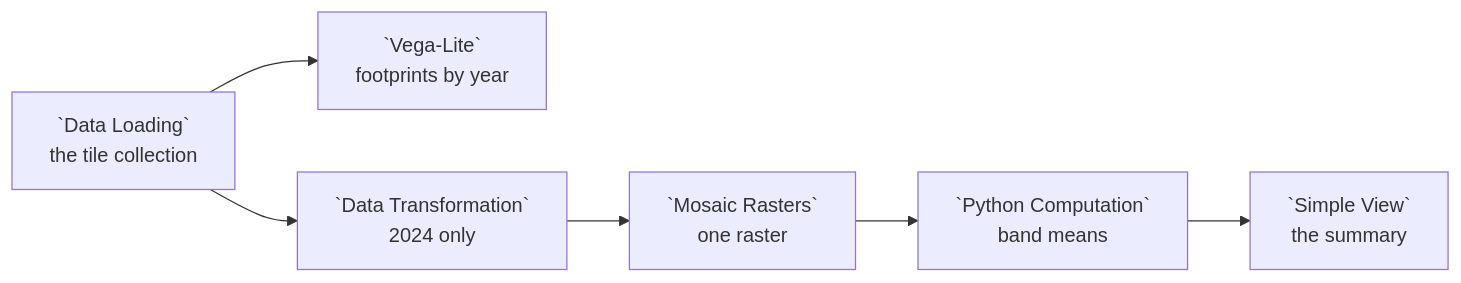
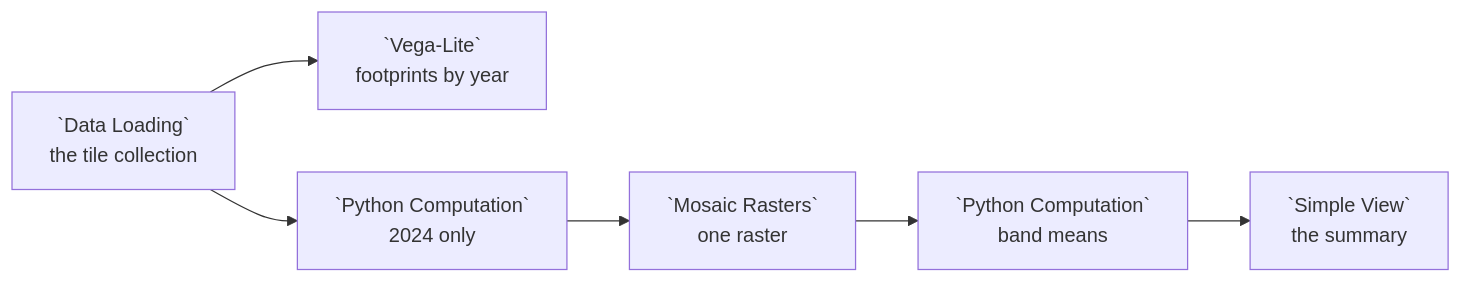
The diagram in docs/examples/18-storage-orthorectified-imagery.md (urban-toolkit/curio), drawn with Mermaid before and after one commit. The commit also changed 51 other files, not shown here.

Commit message:
Shipped dataflows and their fixtures use Python Computation

````diff
--- a/docs/examples/18-storage-orthorectified-imagery.md
+++ b/docs/examples/18-storage-orthorectified-imagery.md
@@ -26,8 +26,8 @@
 ```mermaid
 flowchart LR
   L[`Data Loading`<br/>the tile collection] --> M[`Vega-Lite`<br/>footprints by year]
-  L --> F[`Data Transformation`<br/>2024 only]
+  L --> F[`Python Computation`<br/>2024 only]
   F --> X[`Mosaic Rasters`<br/>one raster]
   X --> B[`Python Computation`<br/>band means]
   B --> V[`Simple View`<br/>the summary]
 ```
````
